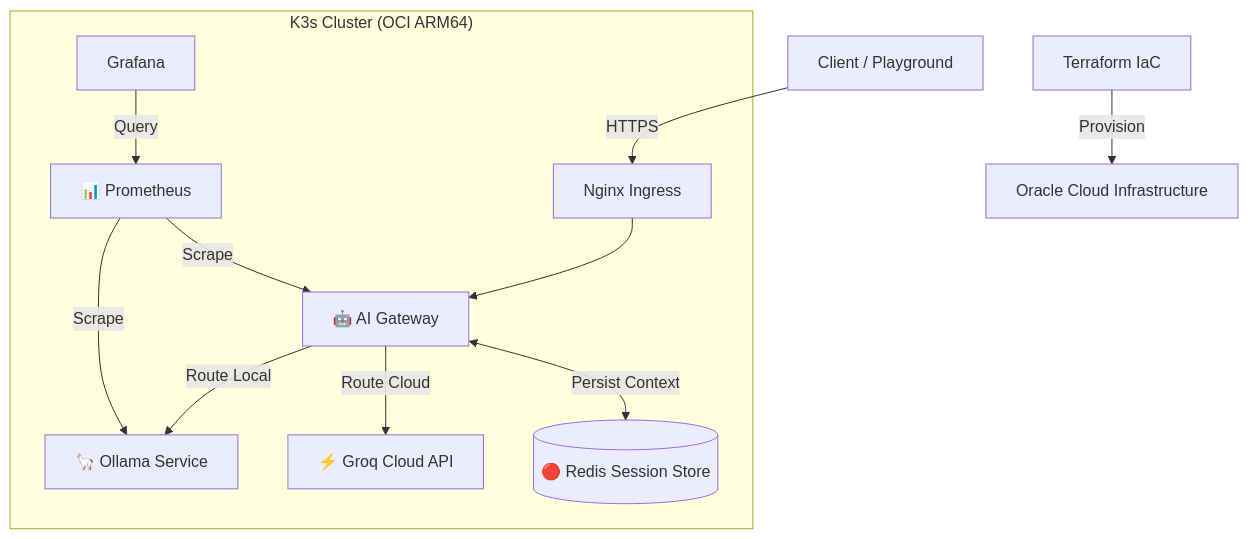
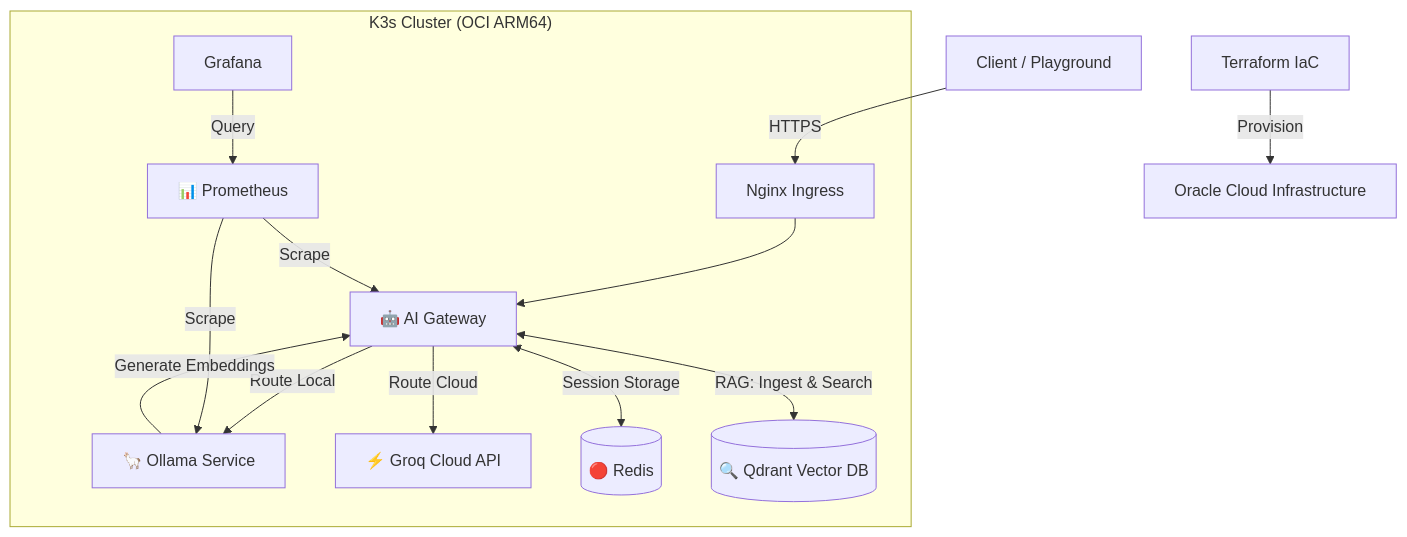
The diagram in README.md (ivanGrzegorczyk/ai-infra-lab), drawn with Mermaid before and after one commit. The commit also changed other lines of this file and 1 other file, not shown here.

Commit message:
feat: enhance README with RAG system details and document ingestion flow

````diff
--- a/README.md
+++ b/README.md
@@ -20,19 +20,22 @@
 ```mermaid
 graph TD
     Client[Client / Playground] -->|HTTPS| Ingress[Nginx Ingress]
     
     subgraph "K3s Cluster (OCI ARM64)"
         Ingress --> Gateway[🤖 AI Gateway]
         
         Gateway -->|Route Local| Ollama[🦙 Ollama Service]
         Gateway -->|Route Cloud| Groq[⚡ Groq Cloud API]
         
-        Gateway <-->|Persist Context| Redis[(🔴 Redis Session Store)]
+        Gateway <-->|Session Storage| Redis[(🔴 Redis)]
+        Gateway <-->|RAG: Ingest & Search| Qdrant[(🔍 Qdrant Vector DB)]
+        
+        Ollama -->|Generate Embeddings| Gateway
         
         Prometheus[📊 Prometheus] -->|Scrape| Gateway
         Prometheus -->|Scrape| Ollama
         Grafana -->|Query| Prometheus
     end
     
     Terraform[Terraform IaC] -->|Provision| OCI[Oracle Cloud Infrastructure]
 ```
````
